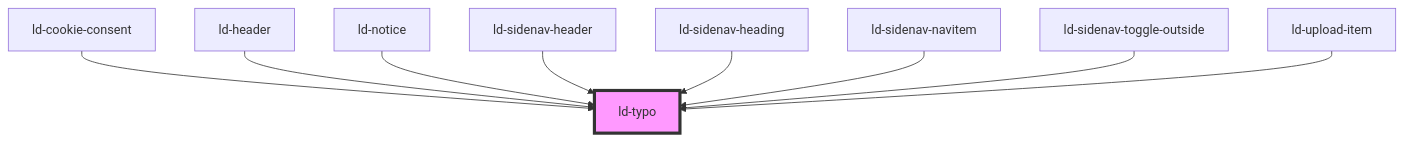
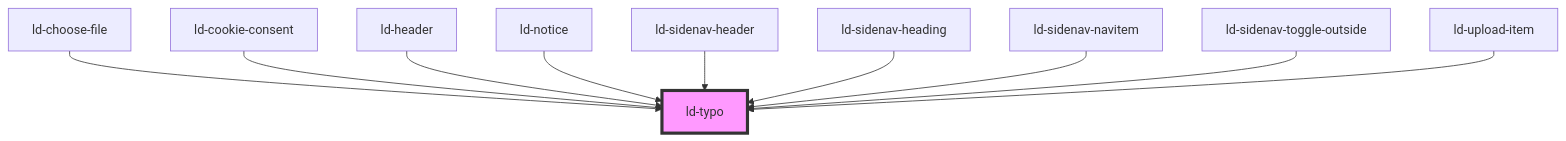
One commit to emdgroup-liquid/liquid changed the diagram in src/liquid/components/ld-typo/readme.md. Above: the diagram before and after it, drawn with Mermaid. The commit also changed other lines of this file and 12 other files, not shown here.

````diff
--- a/src/liquid/components/ld-typo/readme.md
+++ b/src/liquid/components/ld-typo/readme.md
@@ -597,12 +598,13 @@
 ```mermaid
 graph TD;
+  ld-choose-file --> ld-typo
   ld-cookie-consent --> ld-typo
   ld-header --> ld-typo
   ld-notice --> ld-typo
   ld-sidenav-header --> ld-typo
   ld-sidenav-heading --> ld-typo
   ld-sidenav-navitem --> ld-typo
   ld-sidenav-toggle-outside --> ld-typo
   ld-upload-item --> ld-typo
   style ld-typo fill:#f9f,stroke:#333,stroke-width:4px
 ```
````
